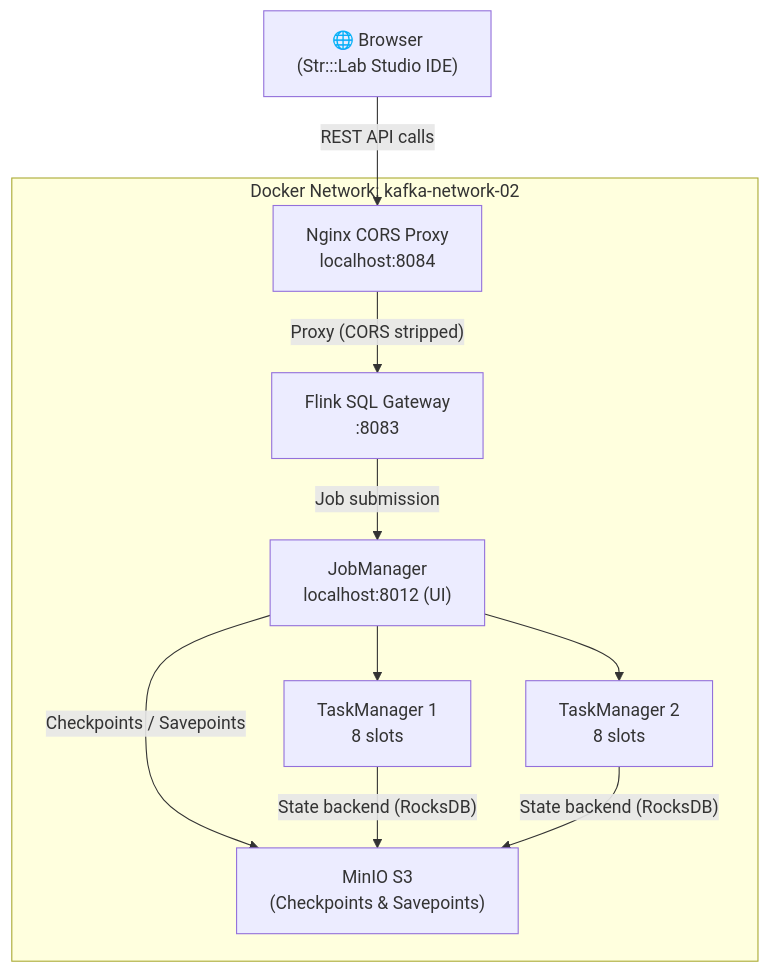
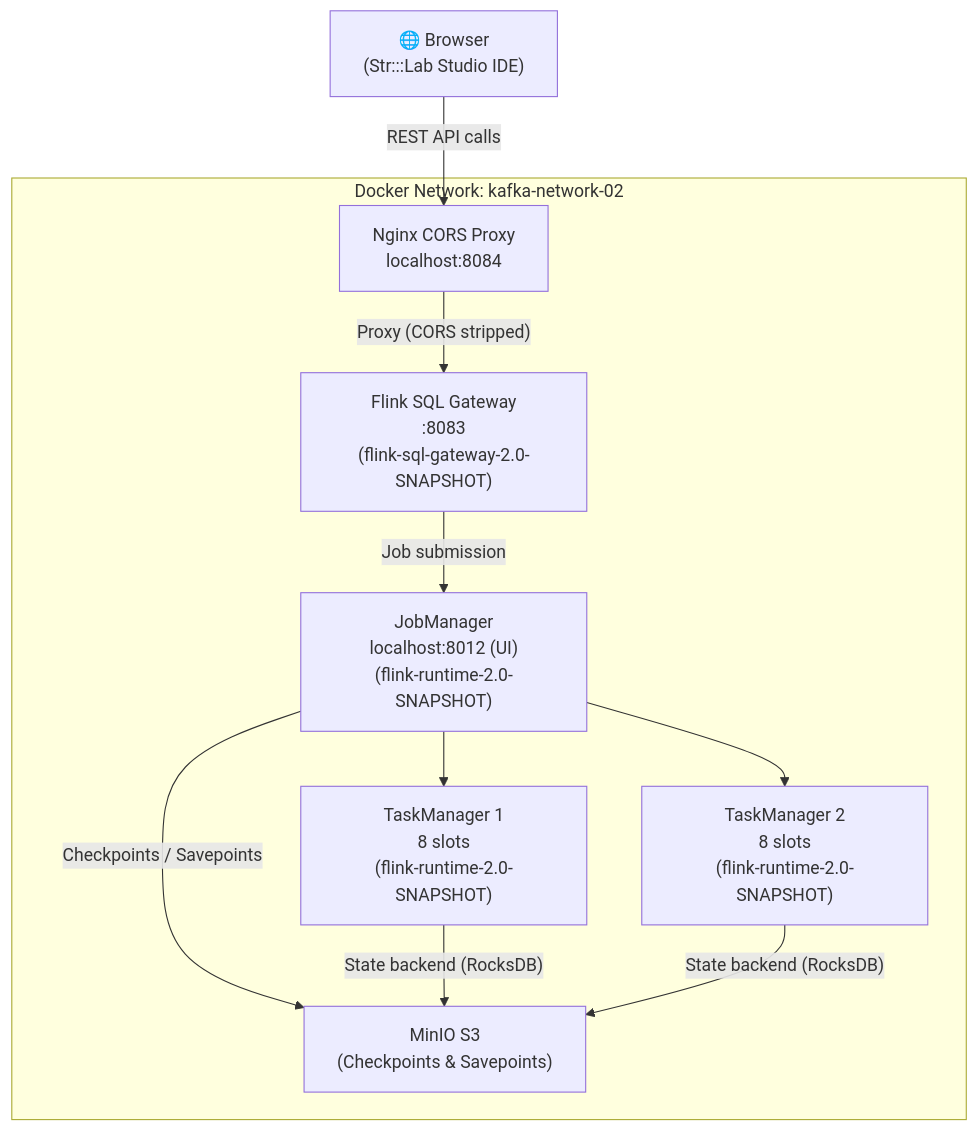
Before and after one commit to coded-streams/FLINK-CLUSTER: the diagram in README.md, drawn with Mermaid. The commit also changed other lines of this file and 3 other files, not shown here.

````diff
--- a/README.md
+++ b/README.md
@@ -15,22 +66,22 @@
 ```mermaid
 graph TD
     Browser["🌐 Browser\n(Str:::Lab Studio IDE)"]
 
     subgraph Docker["Docker Network: kafka-network-02"]
         Nginx["Nginx CORS Proxy\nlocalhost:8084"]
-        Gateway["Flink SQL Gateway\n:8083"]
-        JM["JobManager\nlocalhost:8012 (UI)"]
-        TM1["TaskManager 1\n8 slots"]
-        TM2["TaskManager 2\n8 slots"]
+        Gateway["Flink SQL Gateway\n:8083\n(flink-sql-gateway-2.0-SNAPSHOT)"]
+        JM["JobManager\nlocalhost:8012 (UI)\n(flink-runtime-2.0-SNAPSHOT)"]
+        TM1["TaskManager 1\n8 slots\n(flink-runtime-2.0-SNAPSHOT)"]
+        TM2["TaskManager 2\n8 slots\n(flink-runtime-2.0-SNAPSHOT)"]
         MinIO["MinIO S3\n(Checkpoints & Savepoints)"]
     end
 
     Browser -->|"REST API calls"| Nginx
     Nginx -->|"Proxy (CORS stripped)"| Gateway
     Gateway -->|"Job submission"| JM
     JM --> TM1
     JM --> TM2
     JM -->|"Checkpoints / Savepoints"| MinIO
     TM1 -->|"State backend (RocksDB)"| MinIO
     TM2 -->|"State backend (RocksDB)"| MinIO
 ```
````
